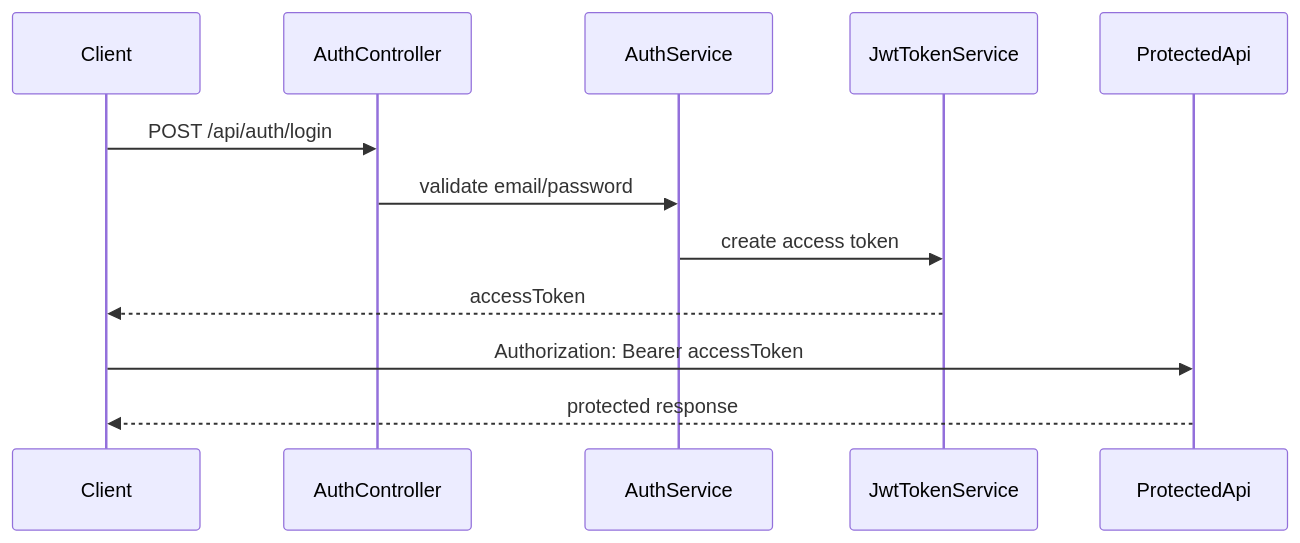
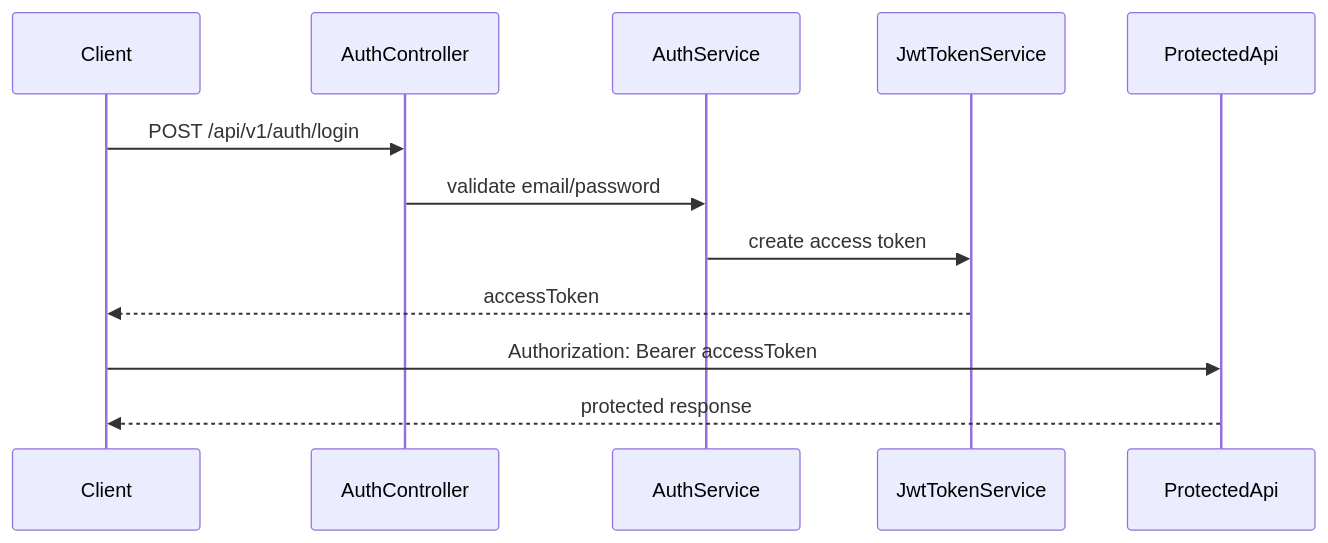
One commit to premix-labs/aspnet-core-web-api-tutorial-book changed the diagram in src/content/docs/part-6-auth/31-jwt-token.md. Above: the diagram before and after it, drawn with Mermaid. The commit also changed other lines of this file and 89 other files, not shown here.

````diff
--- a/src/content/docs/part-6-auth/31-jwt-token.md
+++ b/src/content/docs/part-6-auth/31-jwt-token.md
@@ -15,15 +15,15 @@
 ```mermaid
 sequenceDiagram
     participant Client
     participant AuthController
     participant AuthService
     participant JwtTokenService
     participant ProtectedApi
 
-    Client->>AuthController: POST /api/auth/login
+    Client->>AuthController: POST /api/v1/auth/login
     AuthController->>AuthService: validate email/password
     AuthService->>JwtTokenService: create access token
     JwtTokenService-->>Client: accessToken
     Client->>ProtectedApi: Authorization: Bearer accessToken
     ProtectedApi-->>Client: protected response
 ```
````
